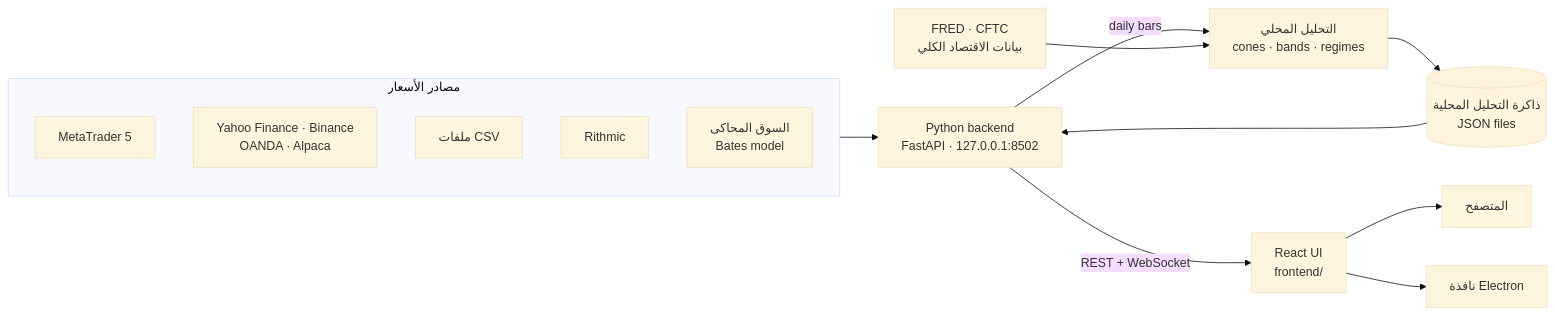
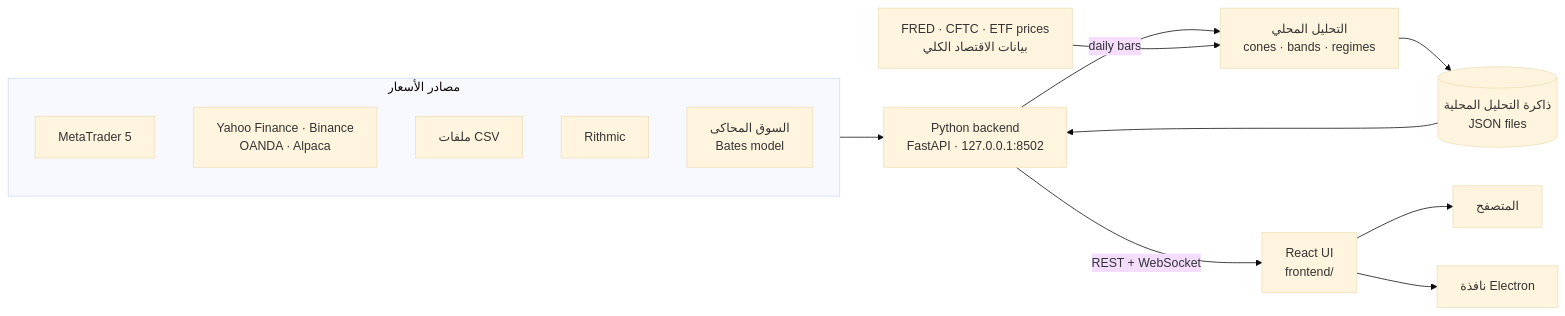
The diagram in README.ar.md (wJubran/QuantumTerminal), drawn with Mermaid (base theme) before and after one commit. The commit also changed other lines of this file and 14 other files, not shown here.

First line of the commit message:
feat: the MONEY FLOW page from ETF prices and volumes

````diff
--- a/README.ar.md
+++ b/README.ar.md
@@ -496,19 +519,19 @@
 ```mermaid
 flowchart LR
     subgraph feeds["مصادر الأسعار"]
         MT5["MetaTrader 5"]
         NET["Yahoo Finance · Binance<br/>OANDA · Alpaca"]
         CSV["ملفات CSV"]
         RITH["Rithmic"]
         SIM["السوق المحاكى<br/>Bates model"]
     end
     CACHE[("ذاكرة التحليل المحلية<br/>JSON files")]
     feeds --> API["Python backend<br/>FastAPI · 127.0.0.1:8502"]
     API -- "daily bars" --> ENGINE["التحليل المحلي<br/>cones · bands · regimes"]
-    FRED["FRED · CFTC<br/>بيانات الاقتصاد الكلي"] --> ENGINE
+    FRED["FRED · CFTC · ETF prices<br/>بيانات الاقتصاد الكلي"] --> ENGINE
     ENGINE --> CACHE
     CACHE --> API
     API -- "REST + WebSocket" --> UI["React UI<br/>frontend/"]
     UI --> BROWSER["المتصفح"]
     UI --> ELECTRON["نافذة Electron"]
 ```
````
